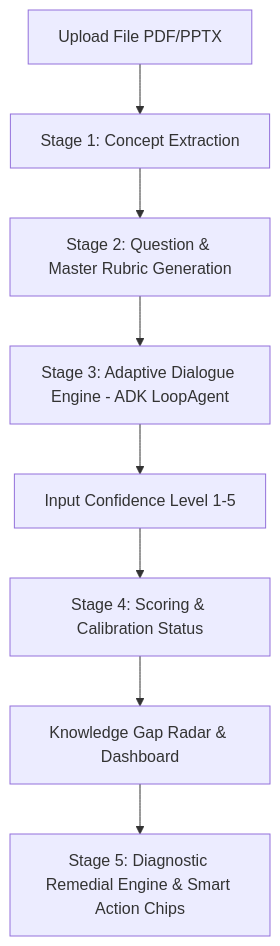
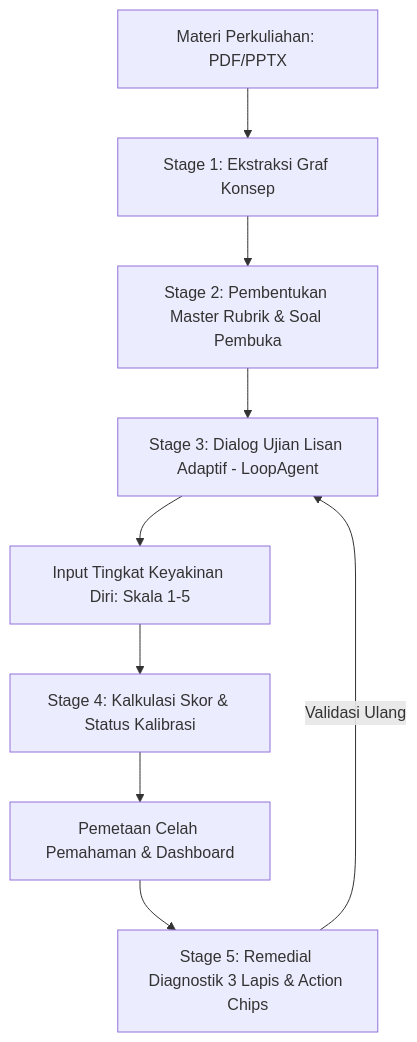
The diagram in README.md (zidan-maulana/Nalar), drawn with Mermaid before and after one commit. The commit also changed other lines of this file, not shown here.

````diff
--- a/README.md
+++ b/README.md
@@ -40,10 +46,11 @@
 ```mermaid
 flowchart TD
-    A[Upload File PDF/PPTX] --> B[Stage 1: Concept Extraction]
-    B --> C[Stage 2: Question & Master Rubric Generation]
-    C --> D[Stage 3: Adaptive Dialogue Engine - ADK LoopAgent]
-    D --> E[Input Confidence Level 1-5]
-    E --> F[Stage 4: Scoring & Calibration Status]
-    F --> G[Knowledge Gap Radar & Dashboard]
-    G --> H[Stage 5: Diagnostic Remedial Engine & Smart Action Chips]
+    A[Materi Perkuliahan: PDF/PPTX] --> B[Stage 1: Ekstraksi Graf Konsep]
+    B --> C[Stage 2: Pembentukan Master Rubrik & Soal Pembuka]
+    C --> D[Stage 3: Dialog Ujian Lisan Adaptif - LoopAgent]
+    D --> E[Input Tingkat Keyakinan Diri: Skala 1-5]
+    E --> F[Stage 4: Kalkulasi Skor & Status Kalibrasi]
+    F --> G[Pemetaan Celah Pemahaman & Dashboard]
+    G --> H[Stage 5: Remedial Diagnostik 3 Lapis & Action Chips]
+    H -->|Validasi Ulang| D
 ```
````
